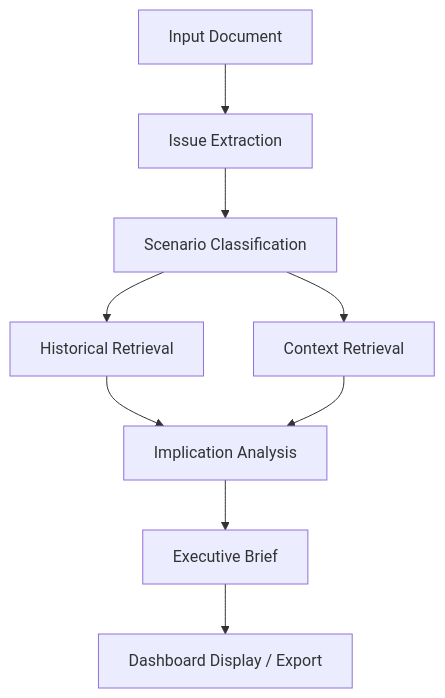
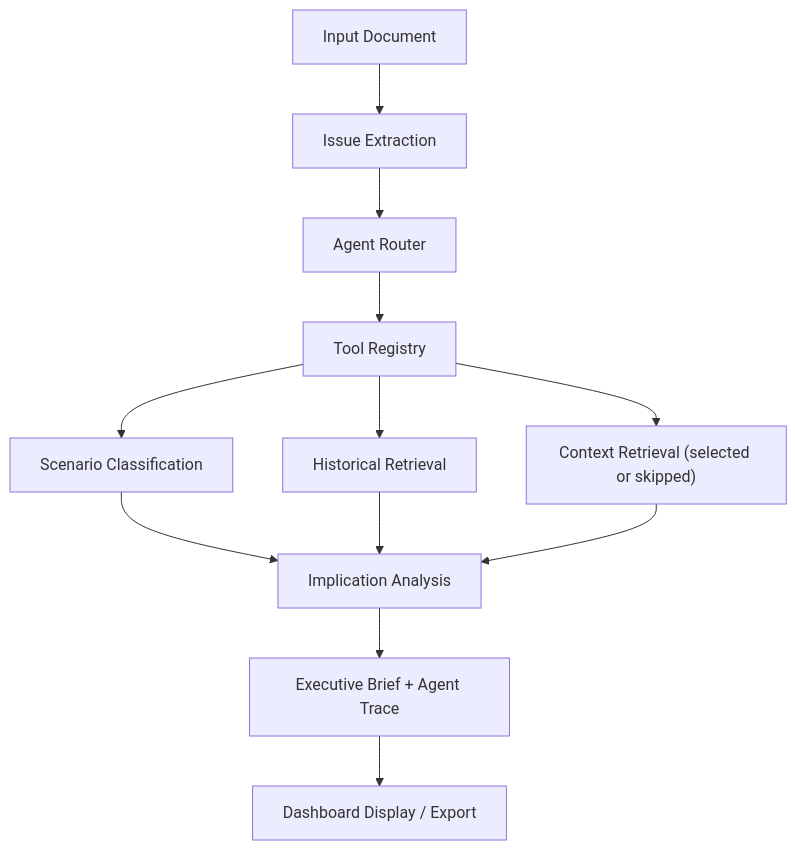
One commit to nanabb333/strategic_intelligence_agent changed the diagram in docs/architecture_diagram.md. Above: the diagram before and after it, drawn with Mermaid. The commit also changed other lines of this file and 29 other files, not shown here.

Commit message:
Build V3 agent router and tool orchestration

````diff
--- a/docs/architecture_diagram.md
+++ b/docs/architecture_diagram.md
@@ -3,11 +3,14 @@
 ```mermaid
 flowchart TD
     A["Input Document"] --> B["Issue Extraction"]
-    B --> C["Scenario Classification"]
-    C --> D["Historical Retrieval"]
-    C --> E["Context Retrieval"]
-    D --> F["Implication Analysis"]
+    B --> R["Agent Router"]
+    R --> T["Tool Registry"]
+    T --> C["Scenario Classification"]
+    T --> D["Historical Retrieval"]
+    T --> E["Context Retrieval (selected or skipped)"]
+    C --> F["Implication Analysis"]
+    D --> F
     E --> F
-    F --> G["Executive Brief"]
+    F --> G["Executive Brief + Agent Trace"]
     G --> H["Dashboard Display / Export"]
 ```
````
